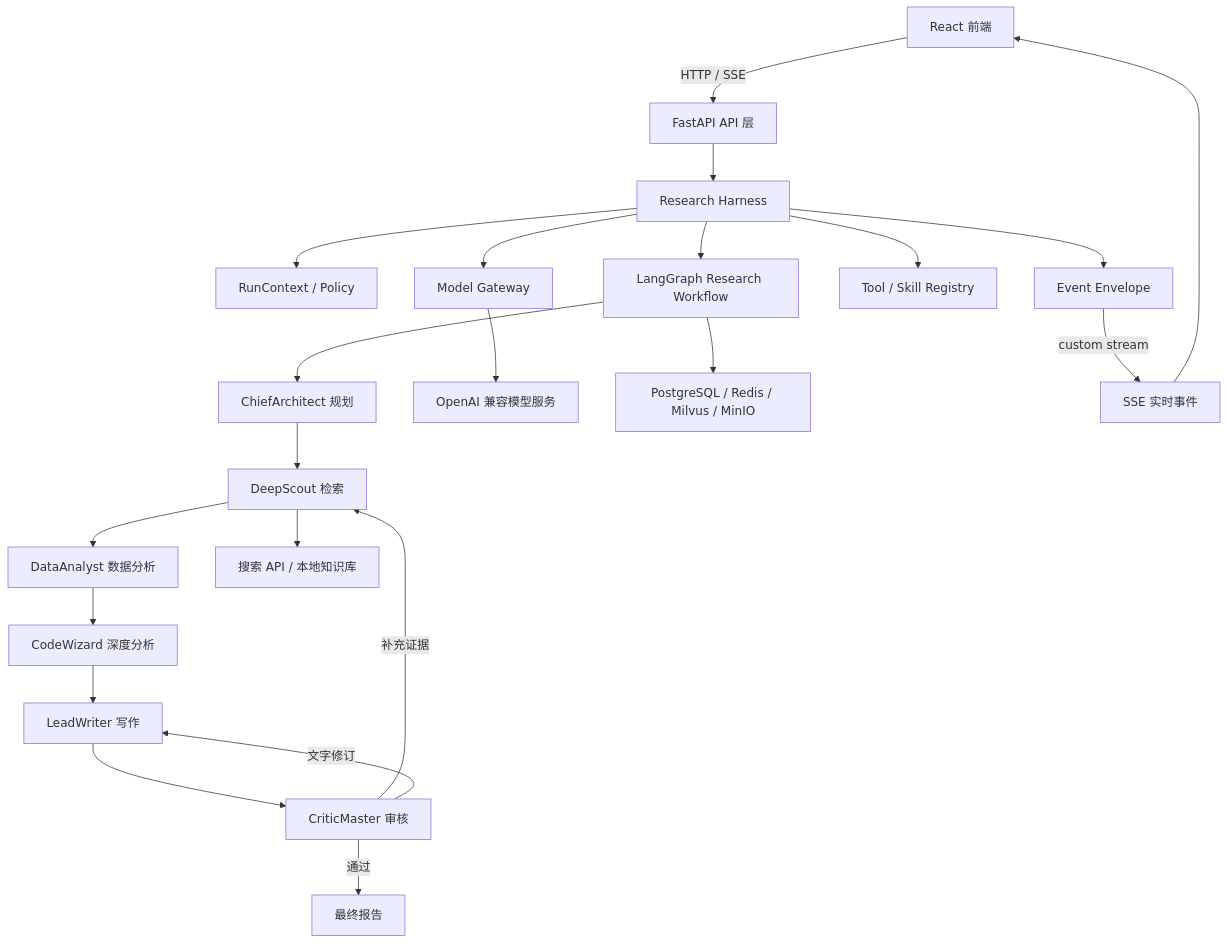
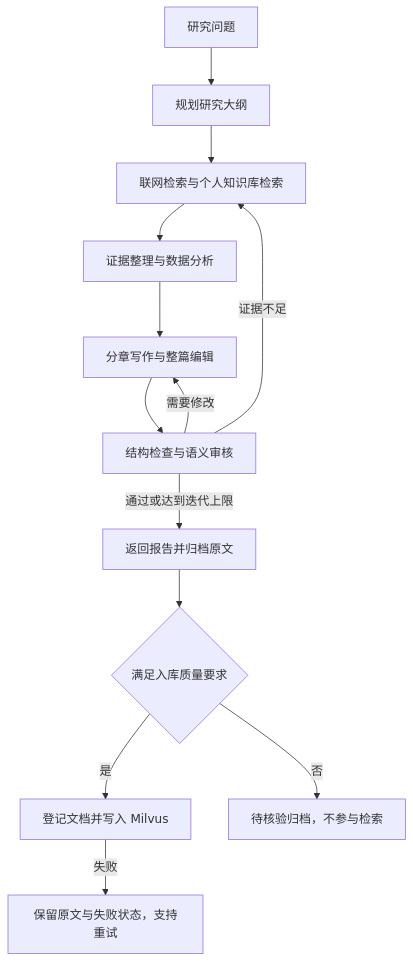
Before and after one commit to xiangnan-hui/deepresearch: the diagram in industry_information_assistant/README.md, drawn with Mermaid. The commit also changed other lines of this file and 52 other files, not shown here.

````diff
--- a/industry_information_assistant/README.md
+++ b/industry_information_assistant/README.md
@@ -24,26 +34,15 @@
 ```mermaid
 flowchart TD
-    UI[React 前端] -->|HTTP / SSE| API[FastAPI API 层]
-    API --> H[Research Harness]
-    H --> C[RunContext / Policy]
-    H --> E[Event Envelope]
-    H --> M[Model Gateway]
-    H --> R[Tool / Skill Registry]
-    H --> G[LangGraph Research Workflow]
-
-    G --> P[ChiefArchitect 规划]
-    P --> S[DeepScout 检索]
-    S --> D[DataAnalyst 数据分析]
-    D --> W[CodeWizard 深度分析]
-    W --> L[LeadWriter 写作]
-    L --> Q[CriticMaster 审核]
-    Q -->|补充证据| S
-    Q -->|文字修订| L
-    Q -->|通过| F[最终报告]
-
-    S --> SEARCH[搜索 API / 本地知识库]
-    M --> LLM[OpenAI 兼容模型服务]
-    G --> STORE[PostgreSQL / Redis / Milvus / MinIO]
-    E -->|custom stream| SSE[SSE 实时事件]
-    SSE --> UI
+    A[研究问题] --> B[规划研究大纲]
+    B --> C[联网检索与个人知识库检索]
+    C --> D[证据整理与数据分析]
+    D --> E[分章写作与整篇编辑]
+    E --> F[结构检查与语义审核]
+    F -->|证据不足| C
+    F -->|需要修改| E
+    F -->|通过或达到迭代上限| G[返回报告并归档原文]
+    G --> H{满足入库质量要求}
+    H -->|是| I[登记文档并写入 Milvus]
+    H -->|否| J[待核验归档，不参与检索]
+    I -->|失败| K[保留原文与失败状态，支持重试]
 ```
````
